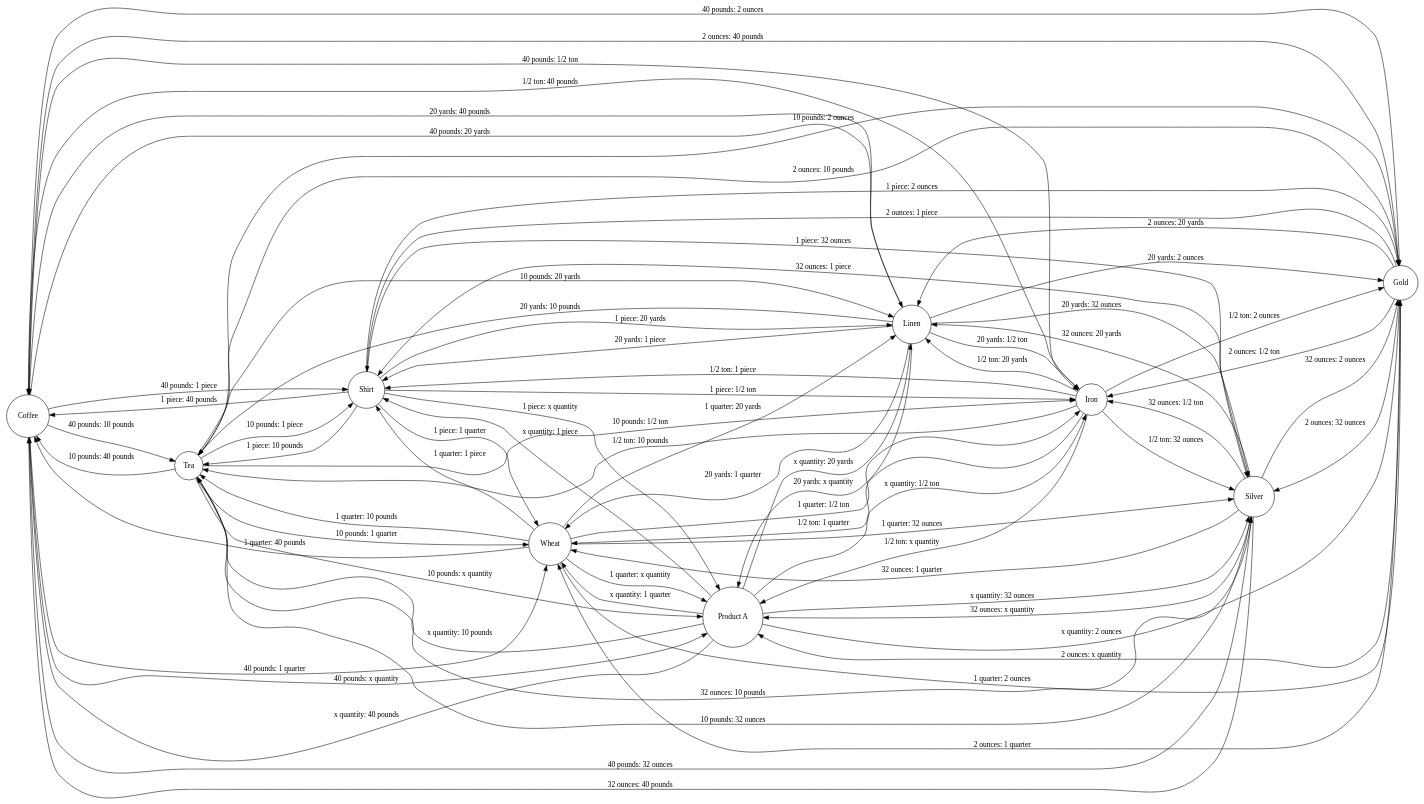
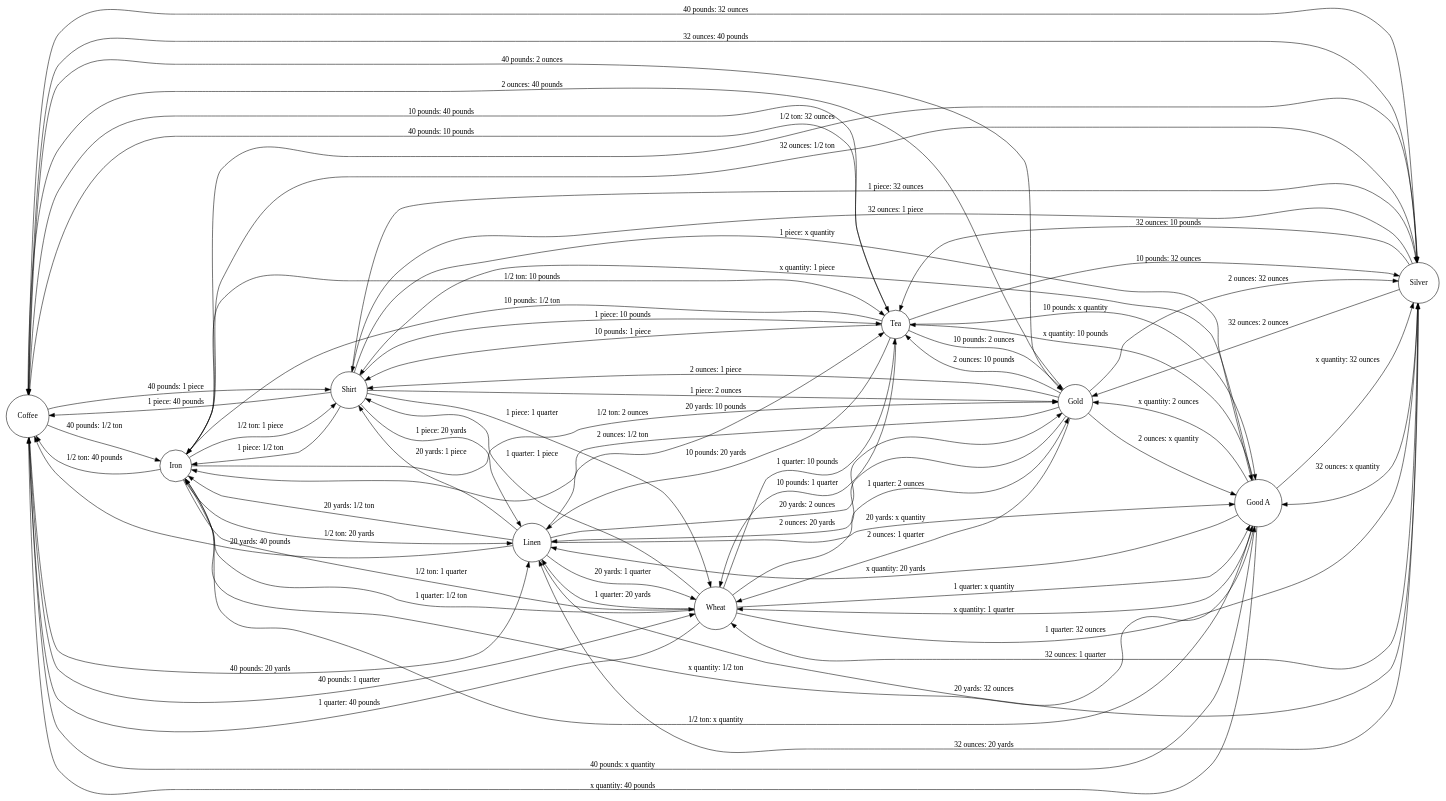
Before and after one commit to Wangsutan/Kapital: the diagram in 资本的生产过程/价值形式理论/价值形式/datas_graphs_generated/moneys.toml_complete.dot, drawn with Graphviz. The commit also changed 360 other files, not shown here.

```diff
--- a/资本的生产过程/价值形式理论/价值形式/datas_graphs_generated/moneys.toml_complete.dot
+++ b/资本的生产过程/价值形式理论/价值形式/datas_graphs_generated/moneys.toml_complete.dot
@@ -1,76 +1,76 @@
 digraph 价值形式理论 {
     rankdir=LR;
     node [shape=circle];
+    "Coffee" -> "Iron" [label="40 pounds: 1/2 ton"];
+    "Coffee" -> "Silver" [label="40 pounds: 32 ounces"];
+    "Coffee" -> "Good A" [label="40 pounds: x quantity"];
+    "Coffee" -> "Gold" [label="40 pounds: 2 ounces"];
     "Coffee" -> "Tea" [label="40 pounds: 10 pounds"];
-    "Coffee" -> "Gold" [label="40 pounds: 2 ounces"];
-    "Coffee" -> "Silver" [label="40 pounds: 32 ounces"];
-    "Coffee" -> "Iron" [label="40 pounds: 1/2 ton"];
+    "Coffee" -> "Wheat" [label="40 pounds: 1 quarter"];
     "Coffee" -> "Linen" [label="40 pounds: 20 yards"];
-    "Coffee" -> "Product A" [label="40 pounds: x quantity"];
-    "Coffee" -> "Wheat" [label="40 pounds: 1 quarter"];
     "Coffee" -> "Shirt" [label="40 pounds: 1 piece"];
+    "Gold" -> "Iron" [label="2 ounces: 1/2 ton"];
+    "Gold" -> "Silver" [label="2 ounces: 32 ounces"];
+    "Gold" -> "Good A" [label="2 ounces: x quantity"];
+    "Gold" -> "Tea" [label="2 ounces: 10 pounds"];
+    "Gold" -> "Wheat" [label="2 ounces: 1 quarter"];
     "Gold" -> "Coffee" [label="2 ounces: 40 pounds"];
-    "Gold" -> "Tea" [label="2 ounces: 10 pounds"];
-    "Gold" -> "Silver" [label="2 ounces: 32 ounces"];
-    "Gold" -> "Iron" [label="2 ounces: 1/2 ton"];
     "Gold" -> "Linen" [label="2 ounces: 20 yards"];
-    "Gold" -> "Product A" [label="2 ounces: x quantity"];
-    "Gold" -> "Wheat" [label="2 ounces: 1 quarter"];
     "Gold" -> "Shirt" [label="2 ounces: 1 piece"];
+    "Good A" -> "Iron" [label="x quantity: 1/2 ton"];
+    "Good A" -> "Silver" [label="x quantity: 32 ounces"];
+    "Good A" -> "Gold" [label="x quantity: 2 ounces"];
+    "Good A" -> "Tea" [label="x quantity: 10 pounds"];
+    "Good A" -> "Wheat" [label="x quantity: 1 quarter"];
+    "Good A" -> "Coffee" [label="x quantity: 40 pounds"];
+    "Good A" -> "Linen" [label="x quantity: 20 yards"];
+    "Good A" -> "Shirt" [label="x quantity: 1 piece"];
+    "Iron" -> "Silver" [label="1/2 ton: 32 ounces"];
+    "Iron" -> "Good A" [label="1/2 ton: x quantity"];
+    "Iron" -> "Gold" [label="1/2 ton: 2 ounces"];
+    "Iron" -> "Tea" [label="1/2 ton: 10 pounds"];
+    "Iron" -> "Wheat" [label="1/2 ton: 1 quarter"];
     "Iron" -> "Coffee" [label="1/2 ton: 40 pounds"];
-    "Iron" -> "Tea" [label="1/2 ton: 10 pounds"];
-    "Iron" -> "Gold" [label="1/2 ton: 2 ounces"];
-    "Iron" -> "Silver" [label="1/2 ton: 32 ounces"];
     "Iron" -> "Linen" [label="1/2 ton: 20 yards"];
-    "Iron" -> "Product A" [label="1/2 ton: x quantity"];
-    "Iron" -> "Wheat" [label="1/2 ton: 1 quarter"];
     "Iron" -> "Shirt" [label="1/2 ton: 1 piece"];
+    "Linen" -> "Iron" [label="20 yards: 1/2 ton"];
+    "Linen" -> "Silver" [label="20 yards: 32 ounces"];
+    "Linen" -> "Good A" [label="20 yards: x quantity"];
+    "Linen" -> "Gold" [label="20 yards: 2 ounces"];
+    "Linen" -> "Tea" [label="20 yards: 10 pounds"];
+    "Linen" -> "Wheat" [label="20 yards: 1 quarter"];
     "Linen" -> "Coffee" [label="20 yards: 40 pounds"];
-    "Linen" -> "Tea" [label="20 yards: 10 pounds"];
-    "Linen" -> "Gold" [label="20 yards: 2 ounces"];
-    "Linen" -> "Silver" [label="20 yards: 32 ounces"];
-    "Linen" -> "Iron" [label="20 yards: 1/2 ton"];
-    "Linen" -> "Product A" [label="20 yards: x quantity"];
-    "Linen" -> "Wheat" [label="20 yards: 1 quarter"];
     "Linen" -> "Shirt" [label="20 yards: 1 piece"];
-    "Product A" -> "Coffee" [label="x quantity: 40 pounds"];
-    "Product A" -> "Tea" [label="x quantity: 10 pounds"];
-    "Product A" -> "Gold" [label="x quantity: 2 ounces"];
-    "Product A" -> "Silver" [label="x quantity: 32 ounces"];
-    "Product A" -> "Iron" [label="x quantity: 1/2 ton"];
-    "Product A" -> "Linen" [label="x quantity: 20 yards"];
-    "Product A" -> "Wheat" [label="x quantity: 1 quarter"];
-    "Product A" -> "Shirt" [label="x quantity: 1 piece"];
+    "Shirt" -> "Iron" [label="1 piece: 1/2 ton"];
+    "Shirt" -> "Silver" [label="1 piece: 32 ounces"];
+    "Shirt" -> "Good A" [label="1 piece: x quantity"];
+    "Shirt" -> "Gold" [label="1 piece: 2 ounces"];
+    "Shirt" -> "Tea" [label="1 piece: 10 pounds"];
+    "Shirt" -> "Wheat" [label="1 piece: 1 quarter"];
     "Shirt" -> "Coffee" [label="1 piece: 40 pounds"];
-    "Shirt" -> "Tea" [label="1 piece: 10 pounds"];
-    "Shirt" -> "Gold" [label="1 piece: 2 ounces"];
-    "Shirt" -> "Silver" [label="1 piece: 32 ounces"];
-    "Shirt" -> "Iron" [label="1 piece: 1/2 ton"];
     "Shirt" -> "Linen" [label="1 piece: 20 yards"];
-    "Shirt" -> "Product A" [label="1 piece: x quantity"];
-    "Shirt" -> "Wheat" [label="1 piece: 1 quarter"];
+    "Silver" -> "Iron" [label="32 ounces: 1/2 ton"];
+    "Silver" -> "Good A" [label="32 ounces: x quantity"];
+    "Silver" -> "Gold" [label="32 ounces: 2 ounces"];
+    "Silver" -> "Tea" [label="32 ounces: 10 pounds"];
+    "Silver" -> "Wheat" [label="32 ounces: 1 quarter"];
     "Silver" -> "Coffee" [label="32 ounces: 40 pounds"];
-    "Silver" -> "Tea" [label="32 ounces: 10 pounds"];
-    "Silver" -> "Gold" [label="32 ounces: 2 ounces"];
-    "Silver" -> "Iron" [label="32 ounces: 1/2 ton"];
     "Silver" -> "Linen" [label="32 ounces: 20 yards"];
-    "Silver" -> "Product A" [label="32 ounces: x quantity"];
-    "Silver" -> "Wheat" [label="32 ounces: 1 quarter"];
     "Silver" -> "Shirt" [label="32 ounces: 1 piece"];
+    "Tea" -> "Iron" [label="10 pounds: 1/2 ton"];
+    "Tea" -> "Silver" [label="10 pounds: 32 ounces"];
+    "Tea" -> "Good A" [label="10 pounds: x quantity"];
+    "Tea" -> "Gold" [label="10 pounds: 2 ounces"];
+    "Tea" -> "Wheat" [label="10 pounds: 1 quarter"];
     "Tea" -> "Coffee" [label="10 pounds: 40 pounds"];
-    "Tea" -> "Gold" [label="10 pounds: 2 ounces"];
-    "Tea" -> "Silver" [label="10 pounds: 32 ounces"];
-    "Tea" -> "Iron" [label="10 pounds: 1/2 ton"];
     "Tea" -> "Linen" [label="10 pounds: 20 yards"];
-    "Tea" -> "Product A" [label="10 pounds: x quantity"];
-    "Tea" -> "Wheat" [label="10 pounds: 1 quarter"];
     "Tea" -> "Shirt" [label="10 pounds: 1 piece"];
+    "Wheat" -> "Iron" [label="1 quarter: 1/2 ton"];
+    "Wheat" -> "Silver" [label="1 quarter: 32 ounces"];
+    "Wheat" -> "Good A" [label="1 quarter: x quantity"];
+    "Wheat" -> "Gold" [label="1 quarter: 2 ounces"];
+    "Wheat" -> "Tea" [label="1 quarter: 10 pounds"];
     "Wheat" -> "Coffee" [label="1 quarter: 40 pounds"];
-    "Wheat" -> "Tea" [label="1 quarter: 10 pounds"];
-    "Wheat" -> "Gold" [label="1 quarter: 2 ounces"];
-    "Wheat" -> "Silver" [label="1 quarter: 32 ounces"];
-    "Wheat" -> "Iron" [label="1 quarter: 1/2 ton"];
     "Wheat" -> "Linen" [label="1 quarter: 20 yards"];
-    "Wheat" -> "Product A" [label="1 quarter: x quantity"];
     "Wheat" -> "Shirt" [label="1 quarter: 1 piece"];
 }
```
